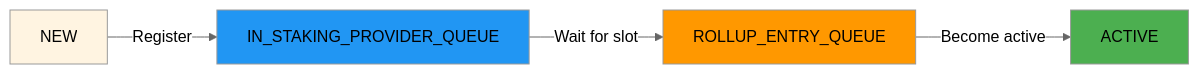
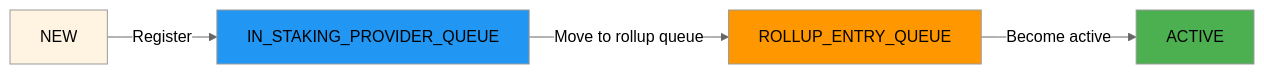
Before and after one commit to aztec-scan/aztec-butler: the second of 2 diagrams in docs/operator-guide/phase-5.md, drawn with Mermaid (neutral theme). The commit also changed other lines of this file and 2 other files, not shown here.

````diff
--- a/docs/operator-guide/phase-5.md
+++ b/docs/operator-guide/phase-5.md
@@ -206,11 +206,11 @@
 ```mermaid
 flowchart LR
     A[NEW] -->|Register| B[IN_STAKING_PROVIDER_QUEUE]
-    B -->|Wait for slot| C[ROLLUP_ENTRY_QUEUE]
+    B -->|Move to rollup queue| C[ROLLUP_ENTRY_QUEUE]
     C -->|Become active| D[ACTIVE]
 
     style A fill:#fff4e1
     style B fill:#2196F3
     style C fill:#FF9800
     style D fill:#4CAF50
 ```
````
